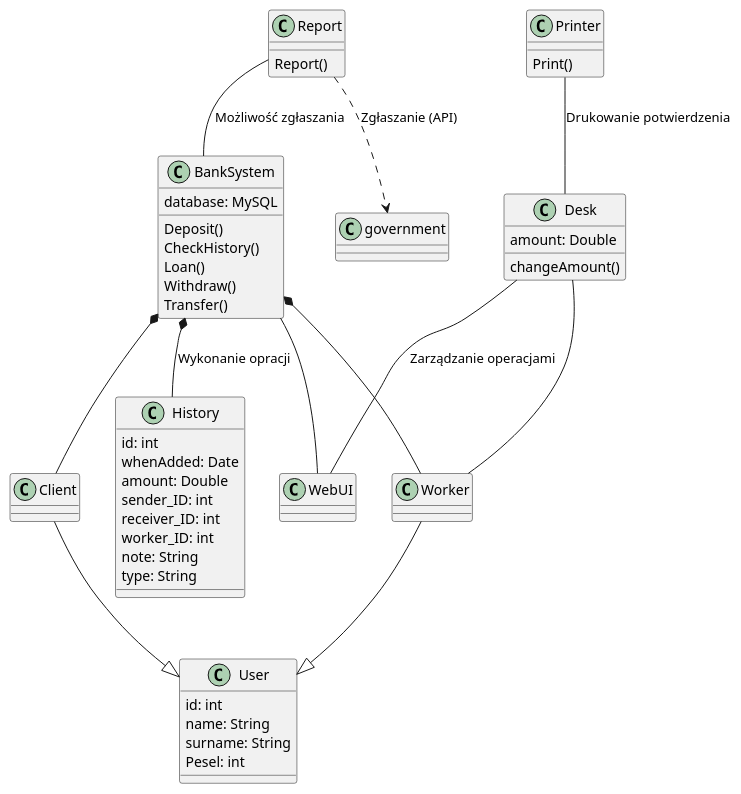
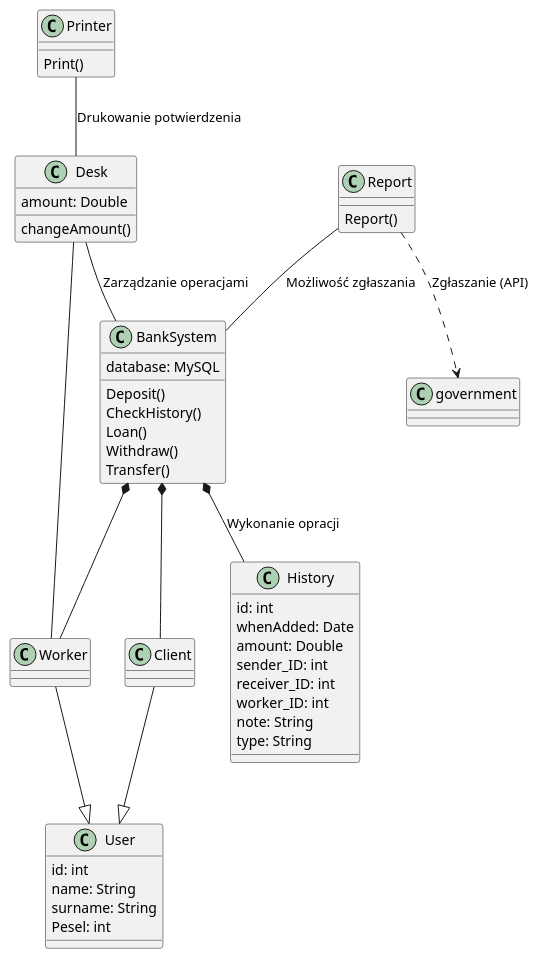
One commit to whoisarjen/Object-Programming-with-React-and-Typescript changed the diagram in class_diagram.plantuml. Above: the diagram before and after it, drawn with PlantUML. The commit also changed 4 other files, not shown here.

```diff
--- a/class_diagram.plantuml
+++ b/class_diagram.plantuml
@@ -1,61 +1,62 @@
 @startuml class
 
 Class History {
     id: int
     whenAdded: Date
     amount: Double
     sender_ID: int
     receiver_ID: int
     worker_ID: int
     note: String
     type: String
 }
 
 Class Report {
     Report()
 }
     Report -- BankSystem : Możliwość zgłaszania
     Report ..> government : Zgłaszanie (API)
 
 Class BankSystem {
     database: MySQL
     Deposit()
     CheckHistory()
     Loan()
     Withdraw()
     Transfer()
 }
     BankSystem *-- Worker
     BankSystem *-- Client
     ' BankSystem ..> History : Wykonanie opracji
     BankSystem *-- History : Wykonanie opracji
-    BankSystem -- WebUI
+    ' BankSystem -- WebUI
 
 Class Desk {
     amount: Double
     changeAmount()
 }
-    Desk -- WebUI : Zarządzanie operacjami
+    ' Desk -- WebUI : Zarządzanie operacjami
+    Desk -- BankSystem : Zarządzanie operacjami
     Desk -- Worker
 
 Class Printer {
     Print()
 }
     Printer -- Desk : Drukowanie potwierdzenia
 
 
 Class Worker {}
     Worker --|> User
 
 Class Client {}
     Client --|> User
 
 Class User {
     id: int
     name: String
     surname: String
     Pesel: int
 }
 
 
 @enduml
```
